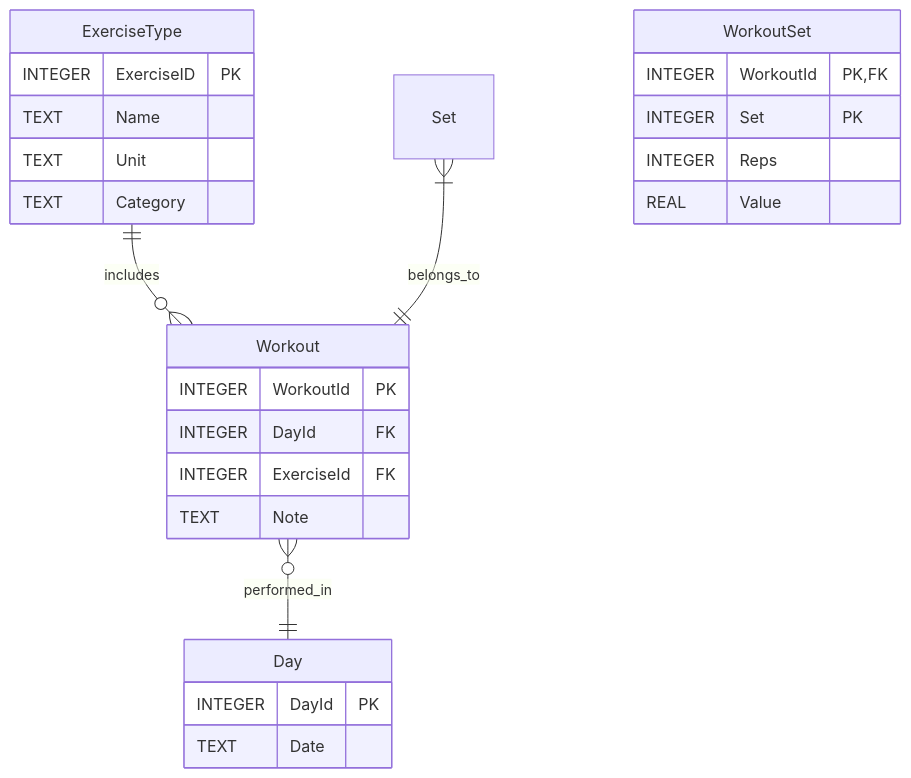
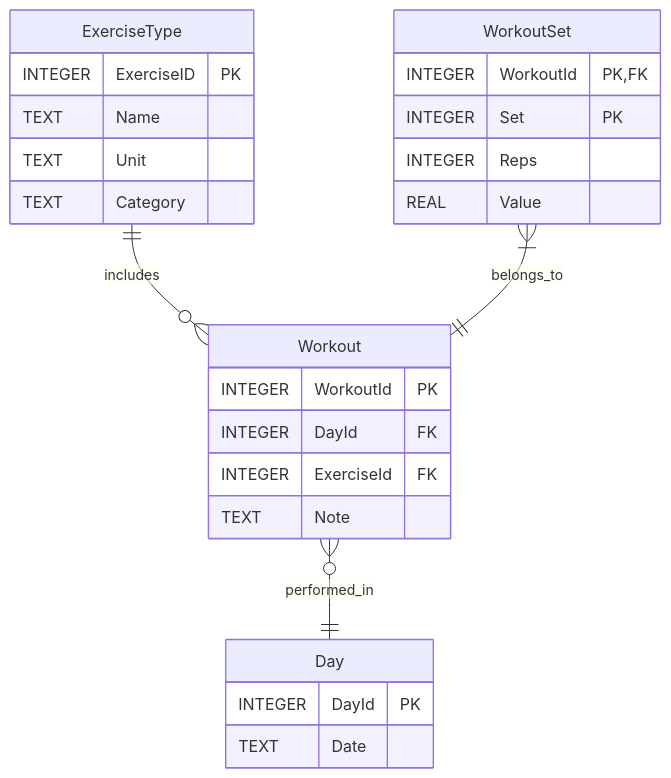
Before and after one commit to richardh05/Workout-Tracker: the diagram in README.md, drawn with Mermaid. The commit also changed 1 other file, not shown here.

Commit message:
write Days to db; fix readme

````diff
--- a/README.md
+++ b/README.md
@@ -4,28 +4,28 @@
 ```mermaid
 erDiagram
     ExerciseType ||--o{ Workout : includes
     Workout }o--|| Day : performed_in
-    Set }|--|| Workout : belongs_to
+    WorkoutSet }|--|| Workout : belongs_to
     Day {
         INTEGER DayId PK
         TEXT Date
     }
     ExerciseType {
         INTEGER ExerciseID PK
         TEXT Name
         TEXT Unit
         TEXT Category 
     }
     Workout {
         INTEGER WorkoutId PK
         INTEGER DayId FK
         INTEGER ExerciseId FK
         TEXT Note
     }
     WorkoutSet {
         INTEGER WorkoutId PK,FK
         INTEGER Set PK
         INTEGER Reps 
         REAL Value
     }
 ```
````
